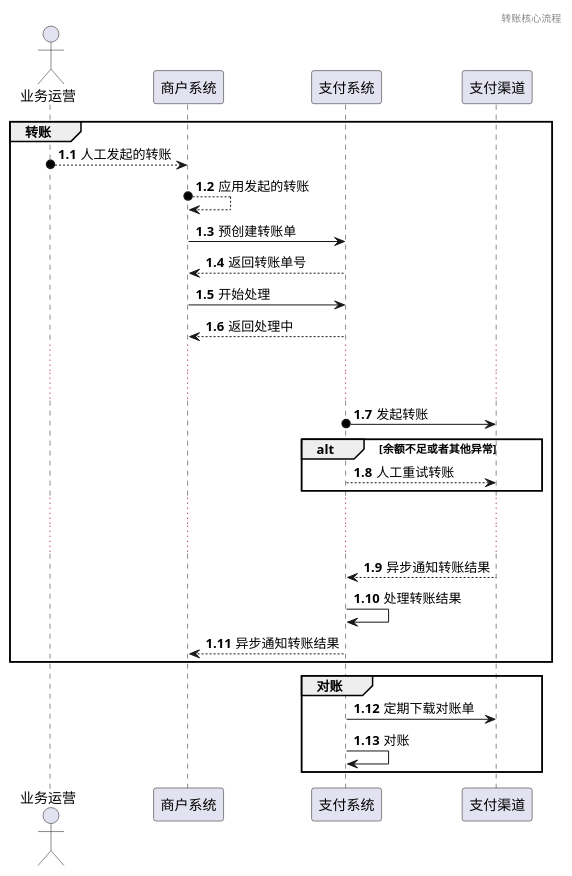
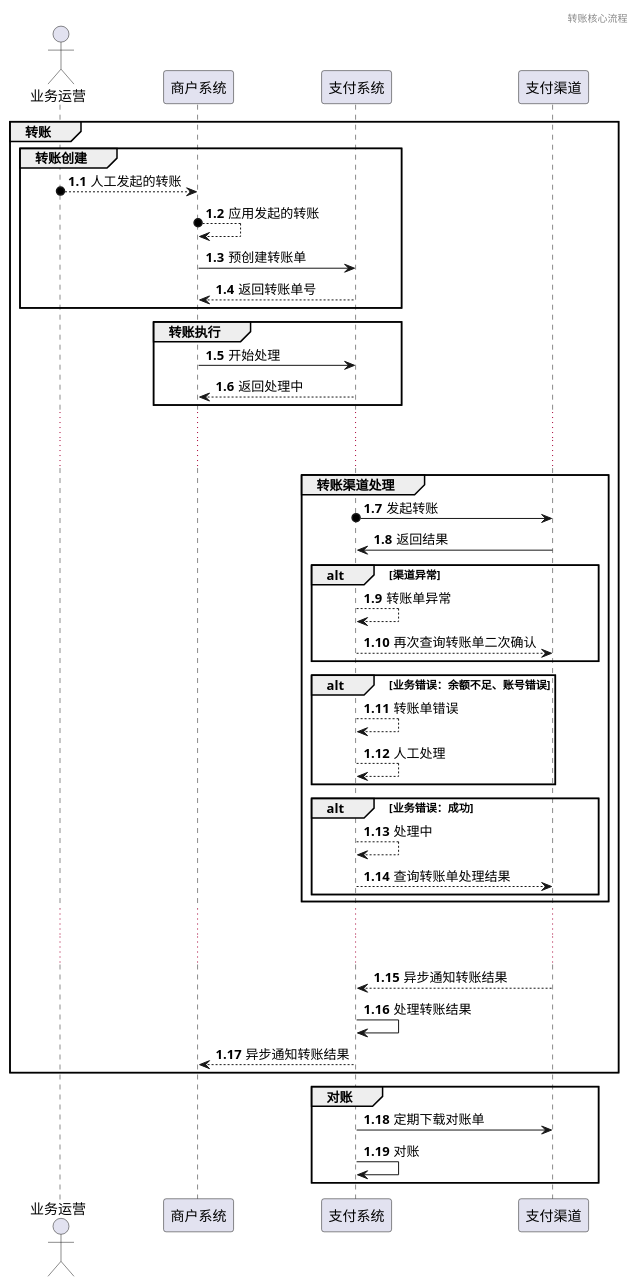
One commit to red-jasmine/docs changed the first of 2 diagrams in docs/payments/transfer.md. Above: the diagram before and after it, drawn with PlantUML. The commit also changed other lines of this file, not shown here.

````diff
--- a/docs/payments/transfer.md
+++ b/docs/payments/transfer.md
@@ -29,52 +32,69 @@
 ```plantuml
 @startuml
 
 header 转账核心流程
 
 actor 业务运营
 participant 商户系统
 participant 支付系统
 participant 支付渠道
 
 
 group 转账
+
+group 转账创建
 autonumber  1.1
-
 业务运营 o--> 商户系统 : 人工发起的转账
 
 商户系统  o--> 商户系统 : 应用发起的转账
 
 商户系统 -> 支付系统: 预创建转账单
 支付系统 --> 商户系统: 返回转账单号
+end
 
-
-
-
+group 转账执行
 商户系统 -> 支付系统: 开始处理
 支付系统 --> 商户系统: 返回处理中
-
+end
 ...
 ...
+
+group 转账渠道处理
 支付系统 o-> 支付渠道: 发起转账
 
-alt 余额不足或者其他异常
-支付系统 --> 支付渠道: 人工重试转账
+支付渠道 -> 支付系统: 返回结果
+
+alt 渠道异常
+支付系统 --> 支付系统: 转账单异常
+支付系统 --> 支付渠道: 再次查询转账单二次确认
 end
+
+alt 业务错误：余额不足、账号错误
+支付系统 --> 支付系统: 转账单错误
+支付系统 --> 支付系统: 人工处理
+end
+
+alt 业务错误：成功
+支付系统 --> 支付系统: 处理中
+支付系统 --> 支付渠道: 查询转账单处理结果
+end
+end
+
 
 ...
 ...
 支付渠道 --> 支付系统: 异步通知转账结果
 支付系统 -> 支付系统 : 处理转账结果
 
 支付系统 --> 商户系统: 异步通知转账结果
 end
 
 group 对账
 支付系统 -> 支付渠道:定期下载对账单
 
 支付系统 -> 支付系统: 对账
 
 end
 
 @enduml
 ```
````
